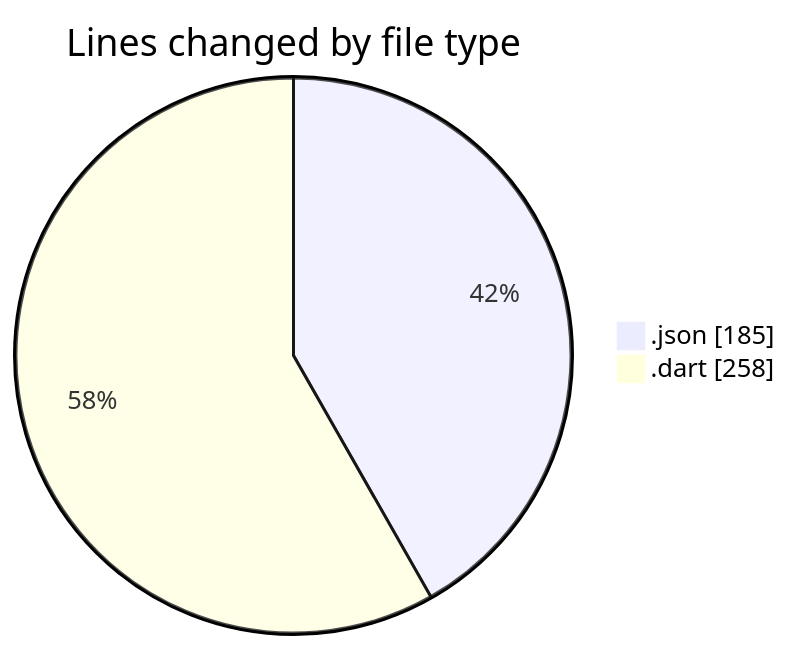
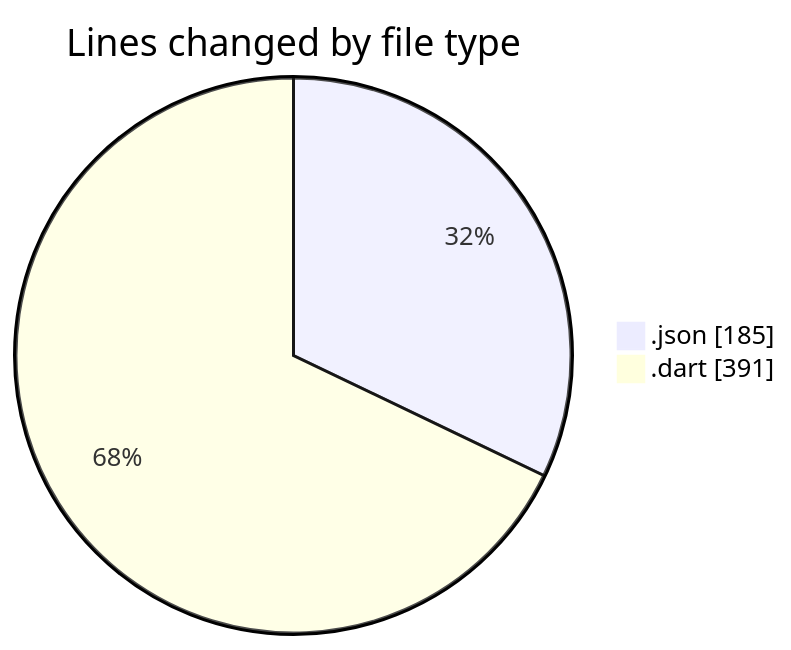
Before and after one commit to Ritupan-Deka/code-tracking: the first of 2 diagrams in 2025-06-15/projects/README.md, drawn with Mermaid. The commit also changed other lines of this file and 1 other file, not shown here.

````diff
--- a/2025-06-15/projects/README.md
+++ b/2025-06-15/projects/README.md
@@ -22,6 +24,6 @@
 ```mermaid
 pie showData
 title Lines changed by file type
 ".json" : 185
-".dart" : 258
+".dart" : 391
 ```
````
